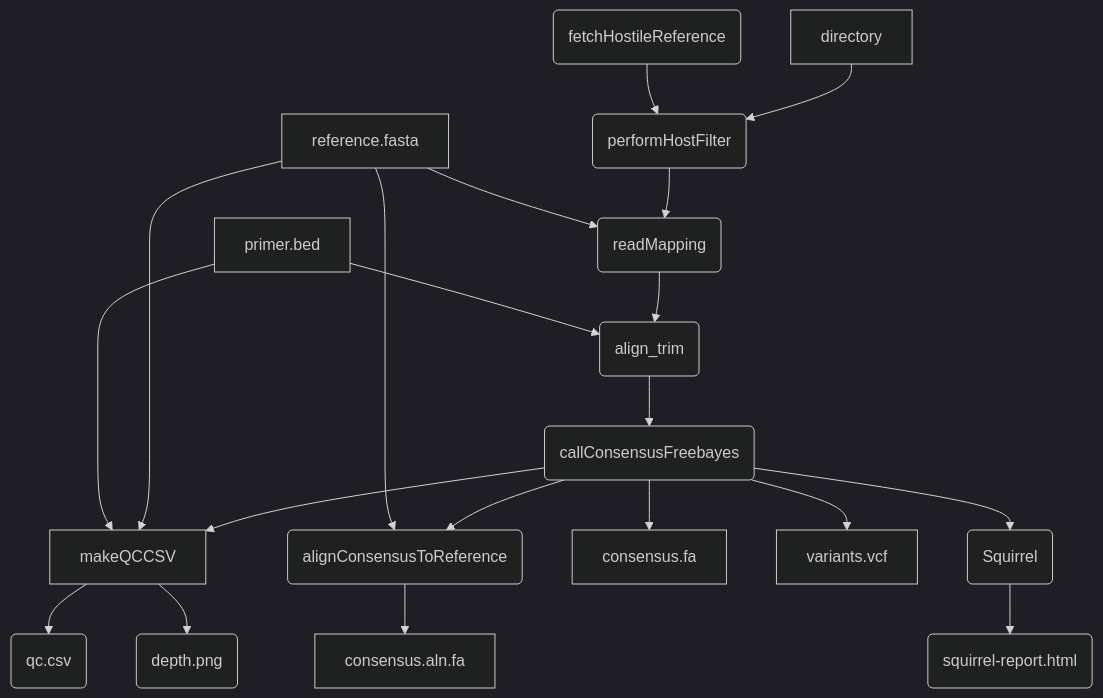
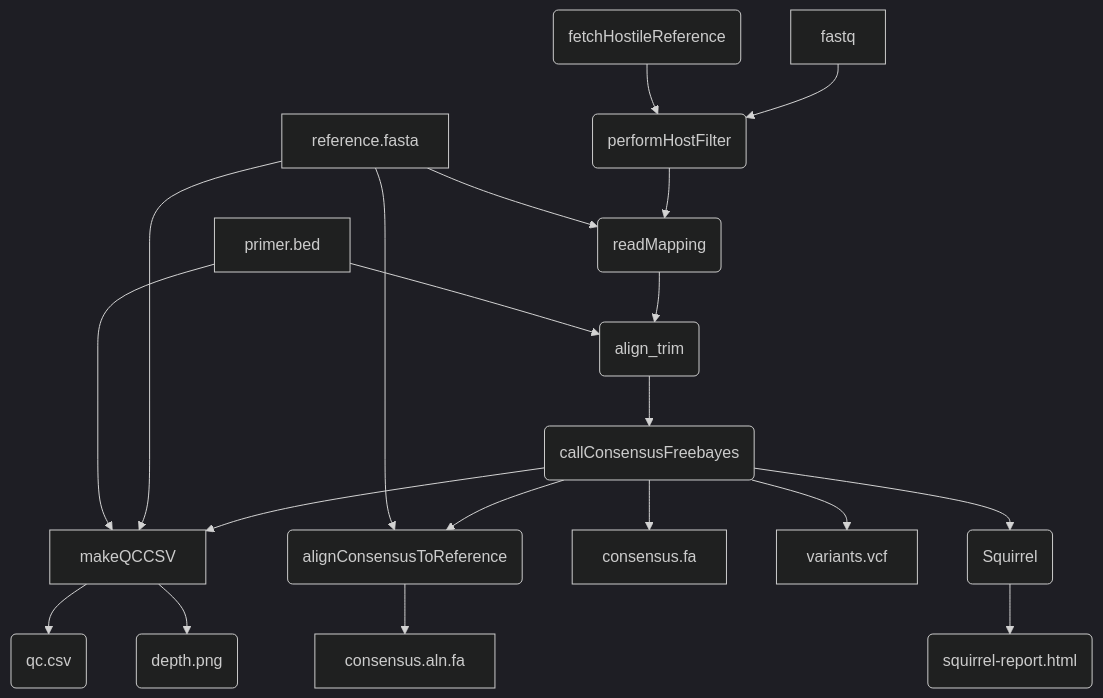
Before and after one commit to artic-network/artic-mpxv-illumina-nf: the diagram in README.md, drawn with Mermaid (dark theme).

Commit message:
Update mermaid plot

````diff
--- a/README.md
+++ b/README.md
@@ -8,26 +8,26 @@
 ```mermaid
 flowchart TD
   ref[reference.fasta]
   primers[primer.bed]
-  fastq[directory]
+  fastq[fastq]
   fetchHostileReference(fetchHostileReference)
   fastq --> performHostFilter
   fetchHostileReference --> performHostFilter
   performHostFilter(performHostFilter) --> readMapping(readMapping)
   ref --> readMapping(readMapping)
   readMapping(readMapping) --> align_trim(align_trim)
   primers --> align_trim(align_trim)
   align_trim(align_trim) --> callConsensusFreebayes(callConsensusFreebayes)
   callConsensusFreebayes(callConsensusFreebayes) --> alignConsensusToReference(alignConsensusToReference)
   ref --> alignConsensusToReference
   alignConsensusToReference --> consensusAlignment[consensus.aln.fa]
   callConsensusFreebayes --> makeQCCSV
   callConsensusFreebayes --> consensus[consensus.fa]
   callConsensusFreebayes --> variants[variants.vcf]
   callConsensusFreebayes --> Squirrel(Squirrel)
   ref --> makeQCCSV
   primers --> makeQCCSV
   makeQCCSV --> qcCSV(qc.csv)
   makeQCCSV --> depthPNG(depth.png)
   Squirrel --> SquirrelReport(squirrel-report.html)
 ```
````
